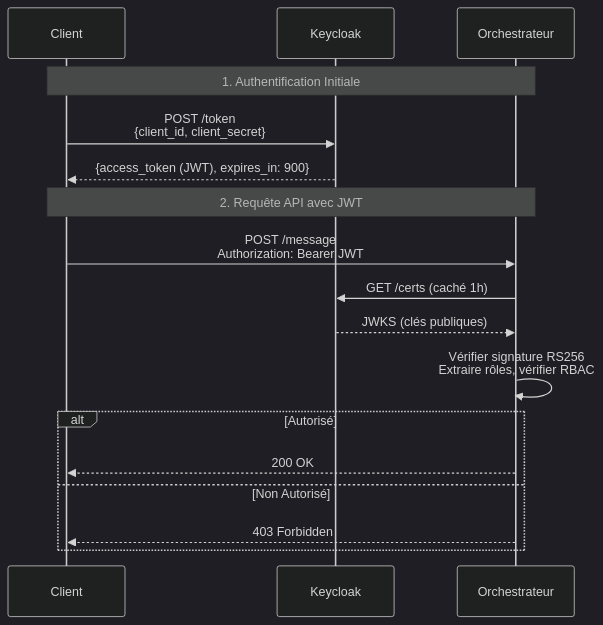
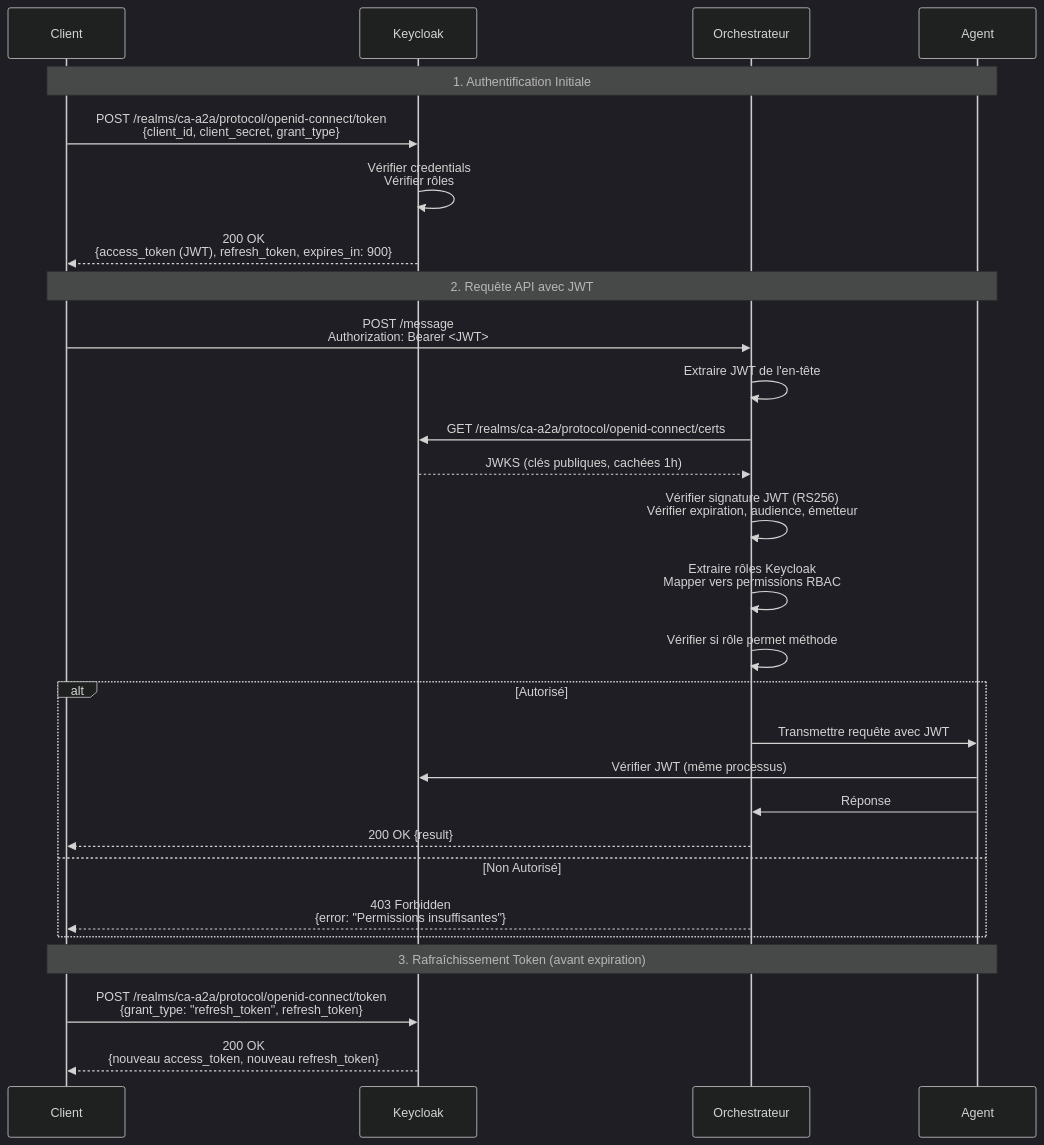
The fourth of 5 diagrams in A2A_ARCHITECTURE_SECURITE_FR.md (jaafar-benabderrazak/ca_a2a), drawn with Mermaid (dark theme) before and after one commit. The commit also changed other lines of this file, not shown here.

First line of the commit message:
Enrich French security architecture with additional content and images

````diff
--- a/A2A_ARCHITECTURE_SECURITE_FR.md
+++ b/A2A_ARCHITECTURE_SECURITE_FR.md
@@ -287,22 +289,34 @@
 ```mermaid
 sequenceDiagram
     participant Client
     participant Keycloak
     participant Orchestrateur
+    participant Agent
 
-    Note over Client,Orchestrateur: 1. Authentification Initiale
-    Client->>Keycloak: POST /token<br/>{client_id, client_secret}
-    Keycloak-->>Client: {access_token (JWT), expires_in: 900}
+    Note over Client,Agent: 1. Authentification Initiale
+    Client->>Keycloak: POST /realms/ca-a2a/protocol/openid-connect/token<br/>{client_id, client_secret, grant_type}
+    Keycloak->>Keycloak: Vérifier credentials<br/>Vérifier rôles
+    Keycloak-->>Client: 200 OK<br/>{access_token (JWT), refresh_token, expires_in: 900}
     
-    Note over Client,Orchestrateur: 2. Requête API avec JWT
-    Client->>Orchestrateur: POST /message<br/>Authorization: Bearer JWT
-    Orchestrateur->>Keycloak: GET /certs (caché 1h)
-    Keycloak-->>Orchestrateur: JWKS (clés publiques)
-    Orchestrateur->>Orchestrateur: Vérifier signature RS256<br/>Extraire rôles, vérifier RBAC
+    Note over Client,Agent: 2. Requête API avec JWT
+    Client->>Orchestrateur: POST /message<br/>Authorization: Bearer <JWT>
+    Orchestrateur->>Orchestrateur: Extraire JWT de l'en-tête
+    Orchestrateur->>Keycloak: GET /realms/ca-a2a/protocol/openid-connect/certs
+    Keycloak-->>Orchestrateur: JWKS (clés publiques, cachées 1h)
+    Orchestrateur->>Orchestrateur: Vérifier signature JWT (RS256)<br/>Vérifier expiration, audience, émetteur
+    Orchestrateur->>Orchestrateur: Extraire rôles Keycloak<br/>Mapper vers permissions RBAC
+    Orchestrateur->>Orchestrateur: Vérifier si rôle permet méthode
     
     alt Autorisé
-        Orchestrateur-->>Client: 200 OK
+        Orchestrateur->>Agent: Transmettre requête avec JWT
+        Agent->>Keycloak: Vérifier JWT (même processus)
+        Agent->>Orchestrateur: Réponse
+        Orchestrateur-->>Client: 200 OK {result}
     else Non Autorisé
-        Orchestrateur-->>Client: 403 Forbidden
+        Orchestrateur-->>Client: 403 Forbidden<br/>{error: "Permissions insuffisantes"}
     end
+    
+    Note over Client,Agent: 3. Rafraîchissement Token (avant expiration)
+    Client->>Keycloak: POST /realms/ca-a2a/protocol/openid-connect/token<br/>{grant_type: "refresh_token", refresh_token}
+    Keycloak-->>Client: 200 OK<br/>{nouveau access_token, nouveau refresh_token}
 ```
````
